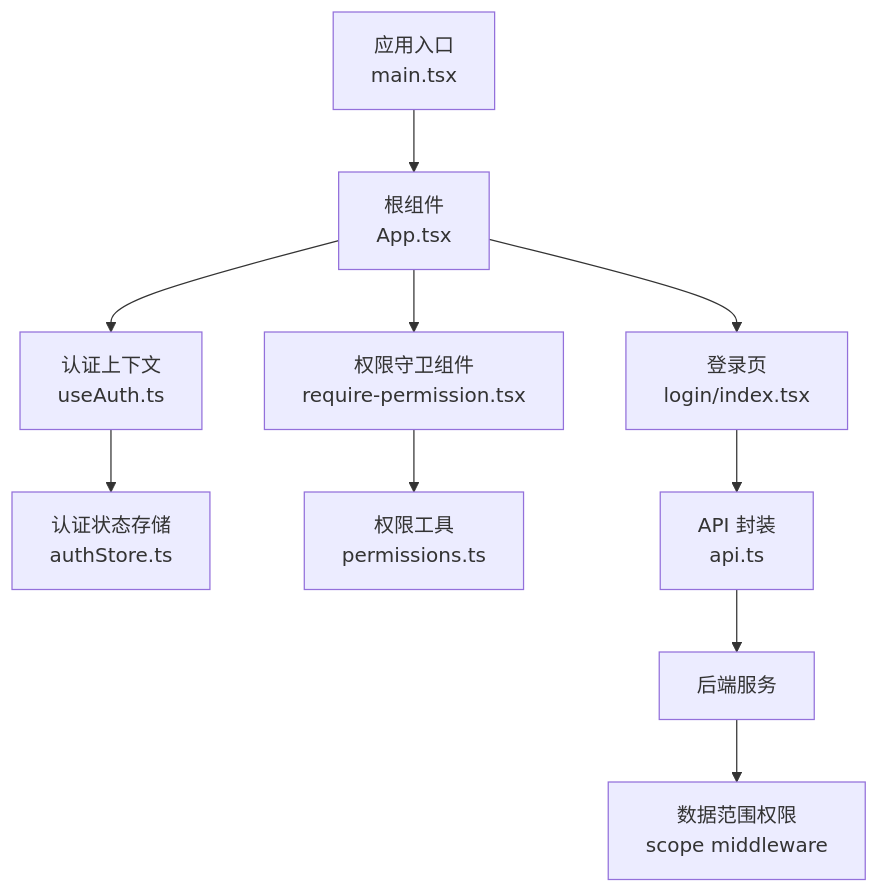
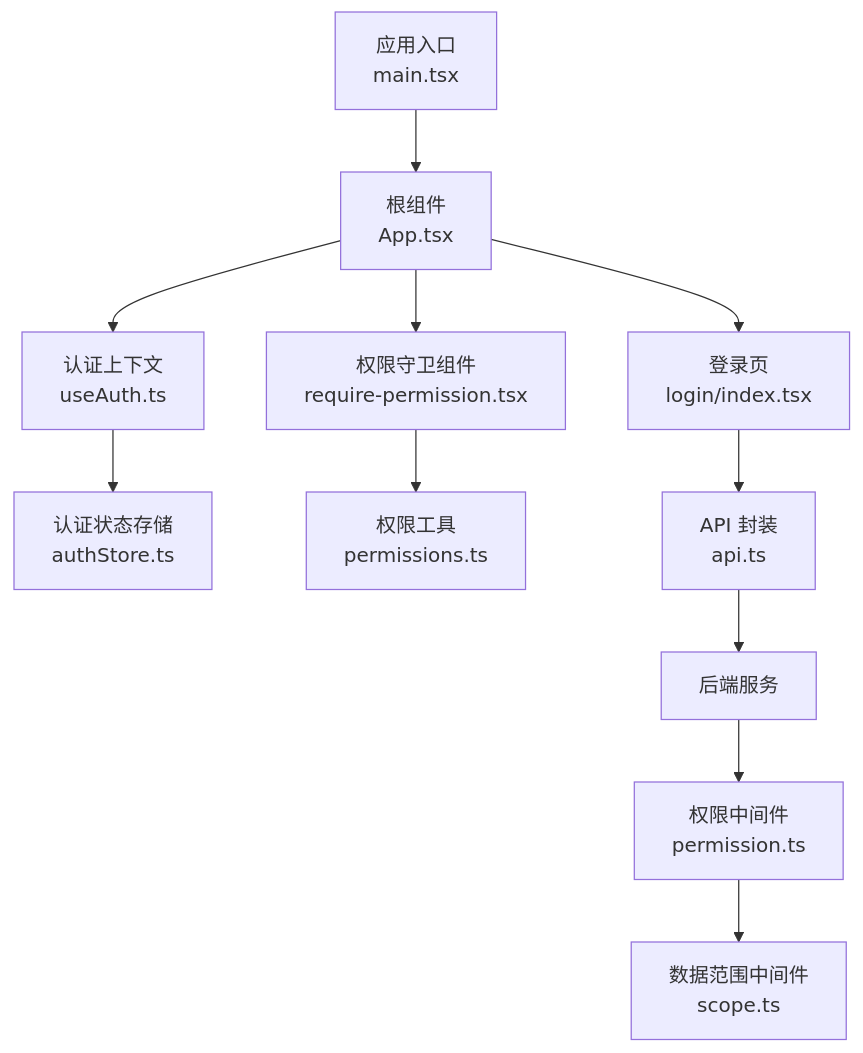
The first of 9 diagrams in .qoder/repowiki/zh/content/安全指南/认证与授权安全.md (Damao997/newproject), drawn with Mermaid before and after one commit. The commit also changed other lines of this file and 62 other files, not shown here.

````diff
--- a/.qoder/repowiki/zh/content/安全指南/认证与授权安全.md
+++ b/.qoder/repowiki/zh/content/安全指南/认证与授权安全.md
@@ -65,12 +70,13 @@
 ```mermaid
 graph TB
 A["应用入口<br/>main.tsx"] --> B["根组件<br/>App.tsx"]
 B --> C["认证上下文<br/>useAuth.ts"]
 C --> D["认证状态存储<br/>authStore.ts"]
 B --> E["权限守卫组件<br/>require-permission.tsx"]
 E --> F["权限工具<br/>permissions.ts"]
 B --> G["登录页<br/>login/index.tsx"]
 G --> H["API 封装<br/>api.ts"]
 H --> I["后端服务"]
-I --> J["数据范围权限<br/>scope middleware"]
+I --> J["权限中间件<br/>permission.ts"]
+J --> K["数据范围中间件<br/>scope.ts"]
 ```
````
